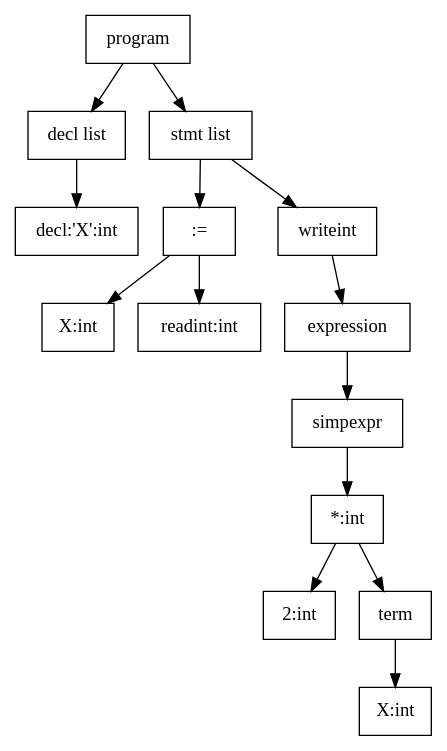
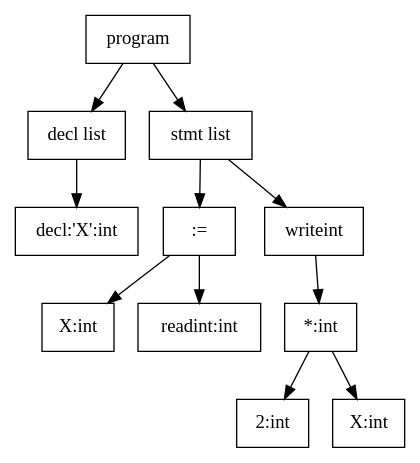
The diagram in workdir/input/test.ast.dot (rodneyxr/TL15), drawn with Graphviz before and after one commit. The commit also changed 17 other files, not shown here.

```diff
--- a/workdir/input/test.ast.dot
+++ b/workdir/input/test.ast.dot
@@ -1,30 +1,24 @@
 digraph G {
     1[label="program",shape=box];
     0[label="decl list",shape=box];
     2[label="decl:'X':int",shape=box];
     4[label="stmt list",shape=box];
     5[label=":=",shape=box];
     6[label="X:int",shape=box];
     7[label="readint:int",shape=box];
     8[label="writeint",shape=box];
-    9[label="expression",shape=box];
-    10[label="simpexpr",shape=box];
     11[label="*:int",shape=box];
     12[label="2:int",shape=box];
-    13[label="term",shape=box];
     14[label="X:int",shape=box];
 
     1 -> 0;
     1 -> 4;
     0 -> 2;
     4 -> 5;
     4 -> 8;
     5 -> 6;
     5 -> 7;
-    8 -> 9;
-    9 -> 10;
-    10 -> 11;
+    8 -> 11;
     11 -> 12;
-    11 -> 13;
-    13 -> 14;
+    11 -> 14;
 }
```
